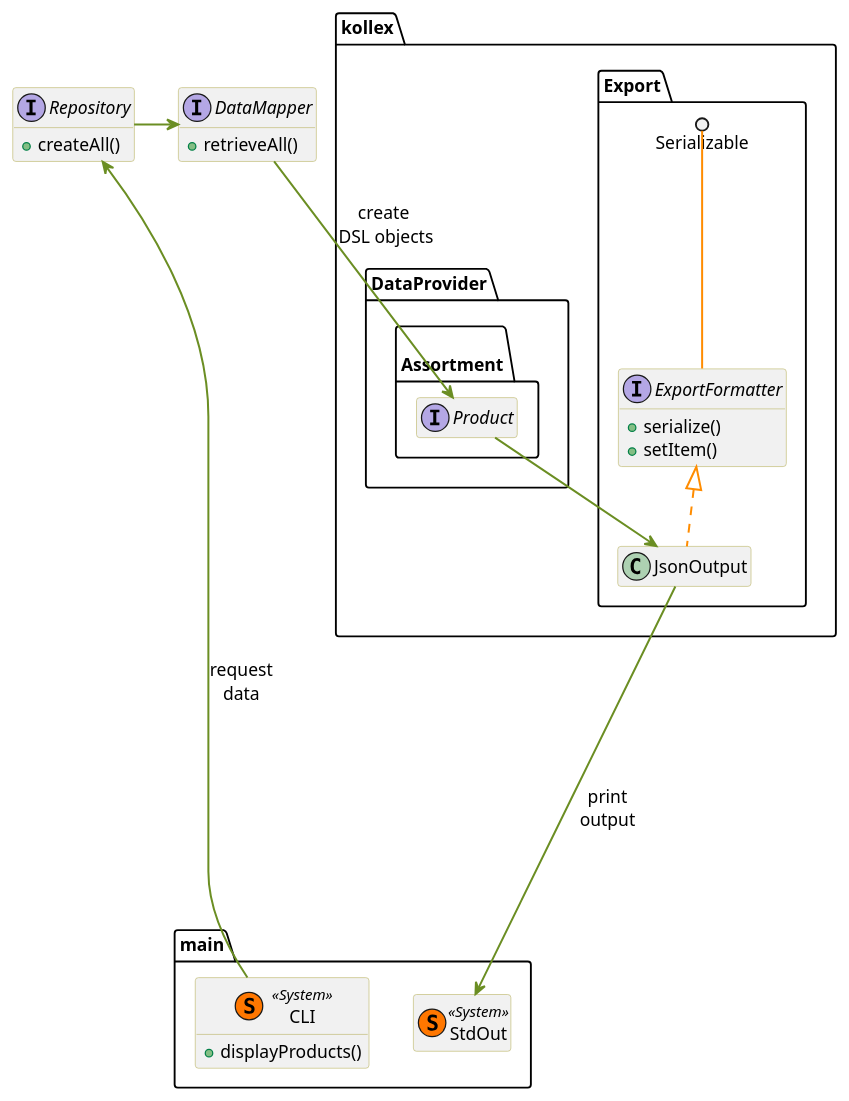
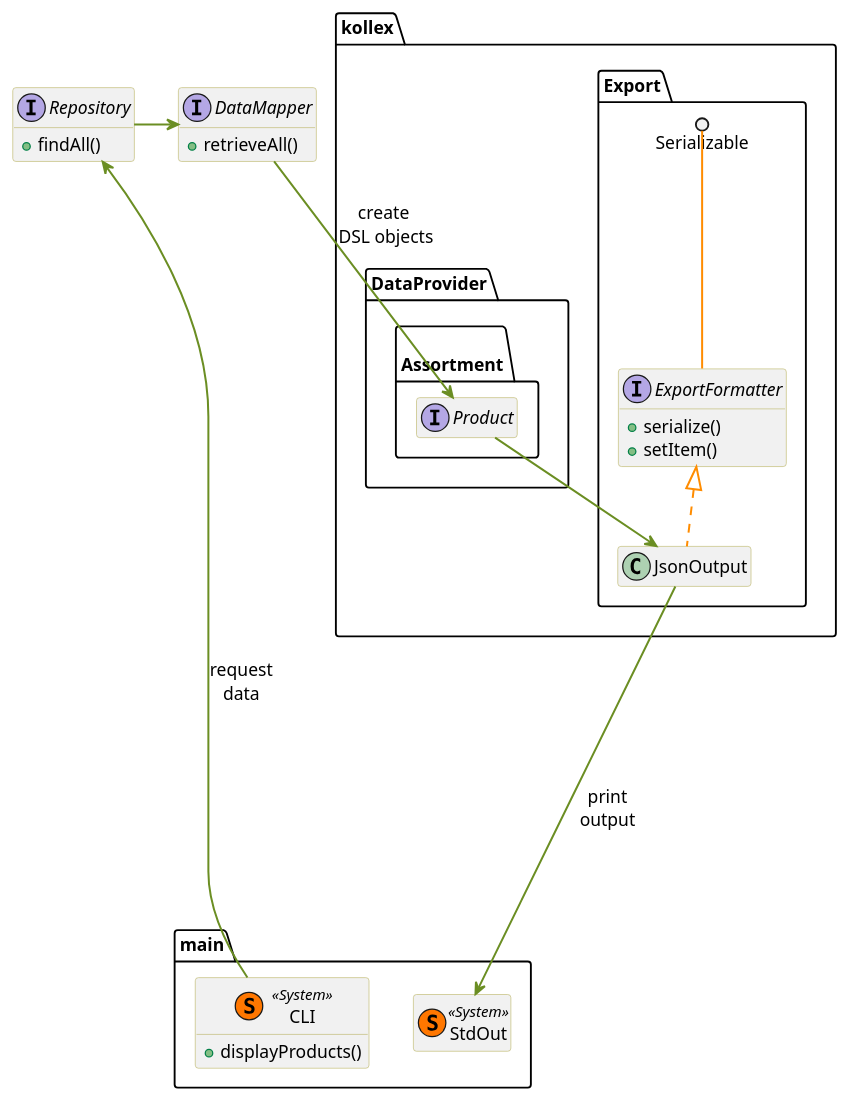
Before and after one commit to tox2ik/tmp-challenge-kollex: the diagram in doc/list-scenario.class.puml, drawn with PlantUML. The commit also changed 11 other files, not shown here.

```diff
--- a/doc/list-scenario.class.puml
+++ b/doc/list-scenario.class.puml
@@ -1,69 +1,69 @@
 @startuml
 ' skinparams begin
 skinparam class {
 	FontColor black
 	FontSize 14
 	FontName "Source Code Pro"
 	BorderColor DarkKhaki
 	ArrowColor DarkOrange
 }
 
 skinparam Arrow {
 	FontSize 14
 	FontName "Source Code Pro"
 	Thickness 1.6
 }
 skinparam PackageFontName "Source Code Pro"
 skinparam NoteBackgroundColor DarkKhaki
 skinparam NoteBorderColor gray
 ' skinparams end
 
 hide members
 
 
 show DataMapper methods
 show Repository methods
 
 
 package main {
 	class CLI << (S,#FF7700) System >> {
 	     + displayProducts()
 	}
 	show CLI methods
 
 	class StdOut << (S,#FF7700) System >>
 }
 
 interface DataMapper {
 	+ retrieveAll()
 }
 interface Repository {
-	+ createAll()
+	+ findAll()
 }
 
 
 package "kollex.DataProvider.\nAssortment" {
     interface "Product" as ProviderProduct
 }
 
 package kollex.Export {
      interface ExportFormatter {
          + serialize()
          + setItem()
      }
       Serializable ()-- ExportFormatter
      class JsonOutput
      ExportFormatter <|.. JsonOutput
 }
 show ExportFormatter methods
 
 CLI --[#6b8e23]> Repository : request\ndata
 Repository -[#6b8e23]> DataMapper
 DataMapper -[#6b8e23]-> ProviderProduct  : create \nDSL objects
 
 ProviderProduct -[#6b8e23]-> JsonOutput
 
 JsonOutput -[#6b8e23]---> StdOut : print\noutput
 
 
 @enduml
```
